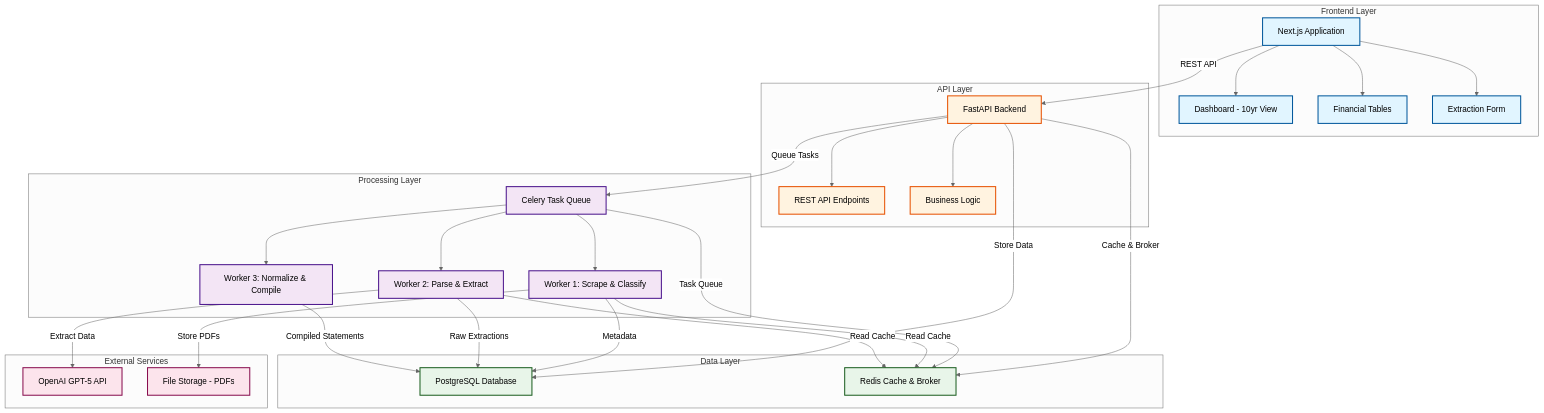
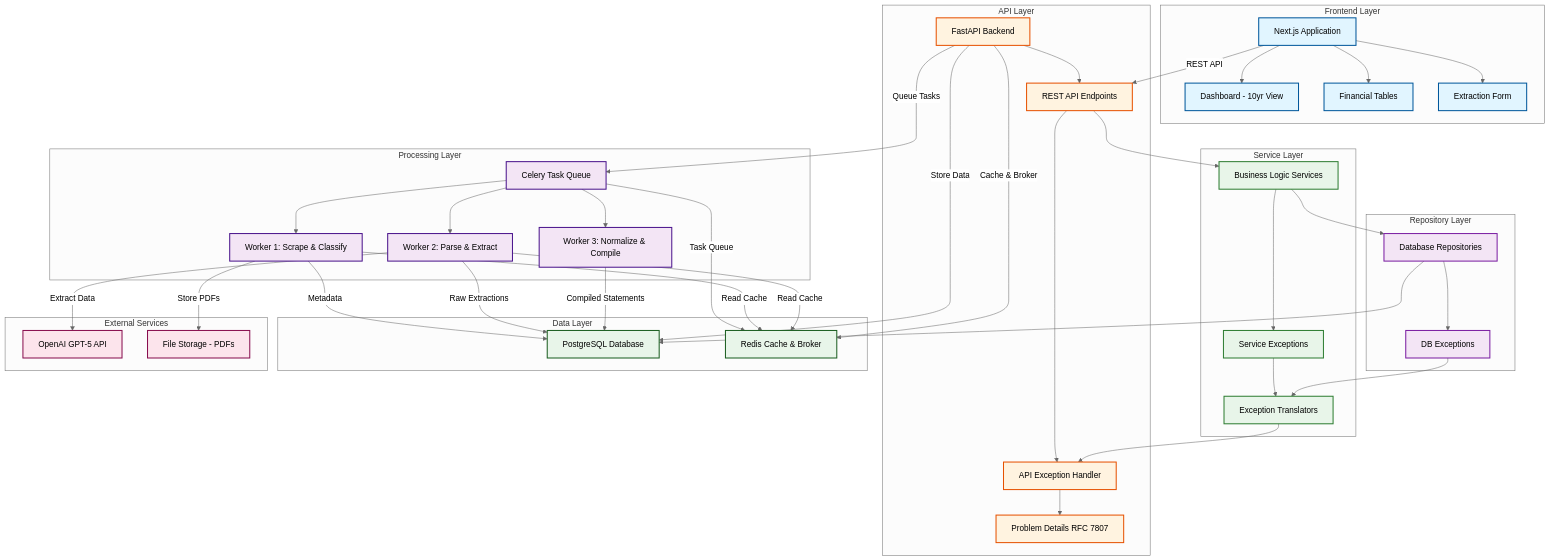
One commit to PatrykQuantumNomad/financial-data-extractor changed the diagram in docs/index.md. Above: the diagram before and after it, drawn with Mermaid (neutral theme). The commit also changed other lines of this file and 131 other files, not shown here.

Commit message:
Refactored backend for more layered architecture, more tests, added integration tests.

```diff
--- a/docs/index.md
+++ b/docs/index.md
@@ -44,9 +44,27 @@
     subgraph "API Layer"
         B[FastAPI Backend]
         B1[REST API Endpoints]
-        B2[Business Logic]
+        B2[API Exception Handler]
+        B3[Problem Details RFC 7807]
         B --> B1
-        B --> B2
+        B1 --> B2
+        B2 --> B3
+    end
+
+    subgraph "Service Layer"
+        S1[Business Logic Services]
+        S2[Service Exceptions]
+        S3[Exception Translators]
+        S1 --> S2
+        S2 --> S3
+        S3 --> B2
+    end
+
+    subgraph "Repository Layer"
+        R1[Database Repositories]
+        R2[DB Exceptions]
+        R1 --> R2
+        R2 --> S3
     end
 
     subgraph "Processing Layer"
@@ -69,7 +87,10 @@
         G[File Storage - PDFs]
     end
 
-    A -->|REST API| B
+    A -->|REST API| B1
+    B1 --> S1
+    S1 --> R1
+    R1 --> D
     B -->|Queue Tasks| C
     B -->|Store Data| D
     B -->|Cache & Broker| E
@@ -84,12 +105,16 @@
 
     classDef frontend fill:#e1f5ff,stroke:#01579b,stroke-width:2px
     classDef api fill:#fff3e0,stroke:#e65100,stroke-width:2px
+    classDef service fill:#e8f5e9,stroke:#2e7d32,stroke-width:2px
+    classDef repository fill:#f3e5f5,stroke:#7b1fa2,stroke-width:2px
     classDef processing fill:#f3e5f5,stroke:#4a148c,stroke-width:2px
     classDef data fill:#e8f5e9,stroke:#1b5e20,stroke-width:2px
     classDef external fill:#fce4ec,stroke:#880e4f,stroke-width:2px
 
     class A,A1,A2,A3 frontend
-    class B,B1,B2 api
+    class B,B1,B2,B3 api
+    class S1,S2,S3 service
+    class R1,R2 repository
     class C,W1,W2,W3 processing
     class D,E data
     class F,G external
```
